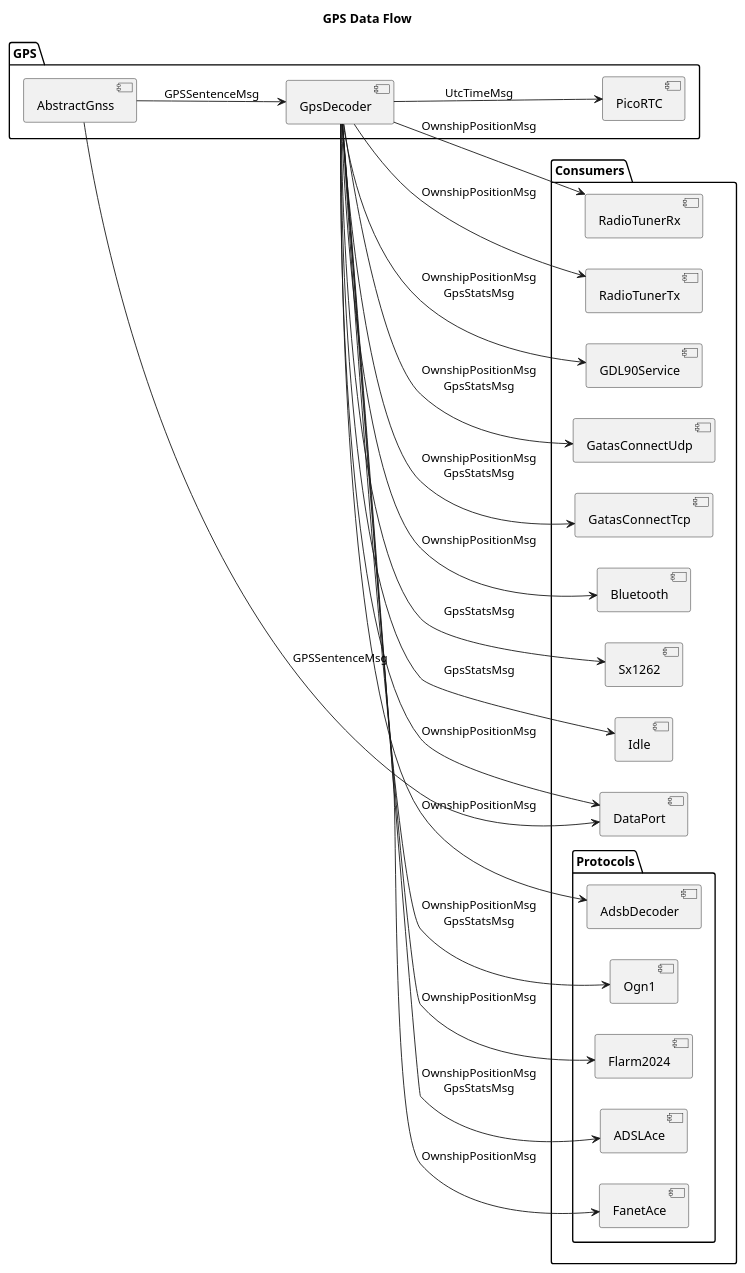
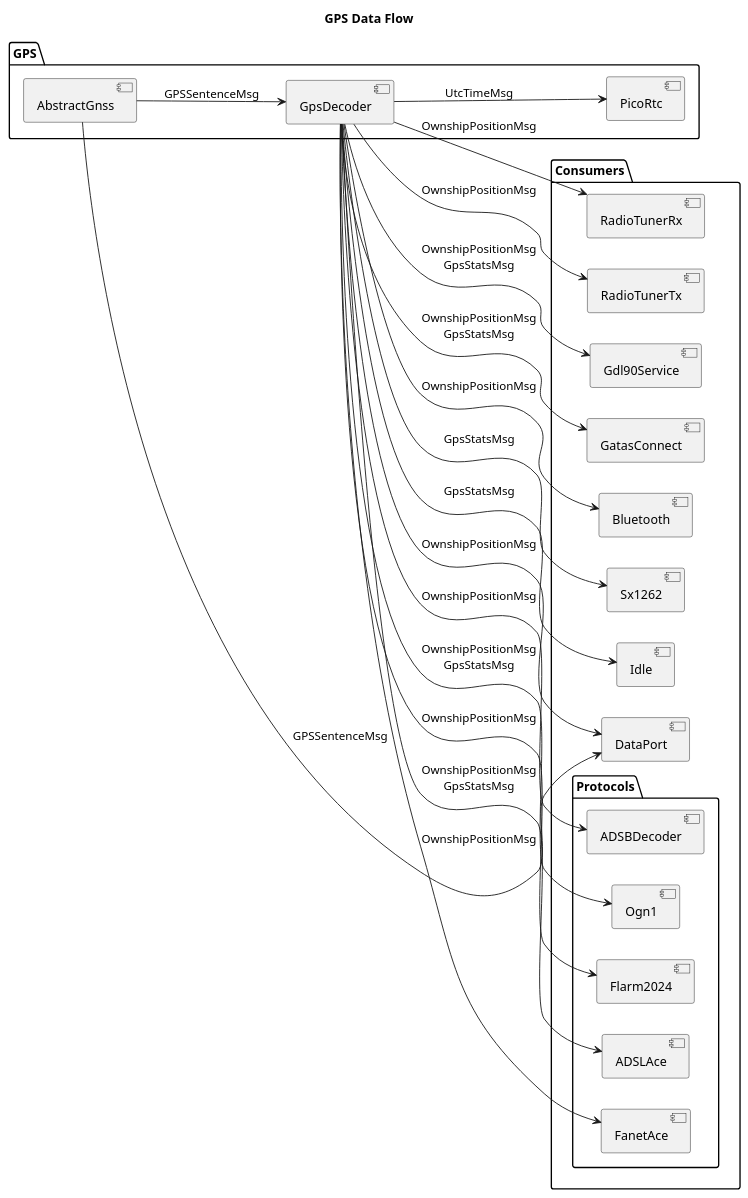
One commit to Duke306/openace changed the second of 7 diagrams in doc/message-bus.md. Above: the diagram before and after it, drawn with PlantUML. The commit also changed other lines of this file and 85 other files, not shown here.

````diff
--- a/doc/message-bus.md
+++ b/doc/message-bus.md
@@ -102,56 +120,54 @@
 ```plantuml
 ' =====================================================================
 ' GPS DATA FLOW
 ' =====================================================================
 @startuml
 title GPS Data Flow
 
 left to right direction
 
 package "GPS" {
     [AbstractGnss]
     [GpsDecoder]
-    [PicoRTC]
+    [PicoRtc]
 }
 
 package "Consumers" {
     package "Protocols" {
         [Ogn1]
         [Flarm2024]
         [ADSLAce]
         [FanetAce]
-        [AdsbDecoder]
+        [ADSBDecoder]
     }
     [RadioTunerRx]
     [RadioTunerTx]
-    [GDL90Service]
+    [Gdl90Service]
     [DataPort]
-    [GatasConnectUdp]
-    [GatasConnectTcp]
+    [GatasConnect]
     [Bluetooth]
     [Sx1262]
     [Idle]
 }
 
 [AbstractGnss] --> [GpsDecoder] : GPSSentenceMsg
 [GpsDecoder] --> [Ogn1] : OwnshipPositionMsg\nGpsStatsMsg
 [GpsDecoder] --> [Flarm2024] : OwnshipPositionMsg
 [GpsDecoder] --> [ADSLAce] : OwnshipPositionMsg\nGpsStatsMsg
 [GpsDecoder] --> [FanetAce] : OwnshipPositionMsg
-[GpsDecoder] --> [AdsbDecoder] : OwnshipPositionMsg
+[GpsDecoder] --> [ADSBDecoder] : OwnshipPositionMsg
 [GpsDecoder] --> [RadioTunerRx] : OwnshipPositionMsg
 [GpsDecoder] --> [RadioTunerTx] : OwnshipPositionMsg
-[GpsDecoder] --> [GDL90Service] : OwnshipPositionMsg\nGpsStatsMsg
+[GpsDecoder] --> [Gdl90Service] : OwnshipPositionMsg\nGpsStatsMsg
 [GpsDecoder] --> [DataPort] : OwnshipPositionMsg
-[GpsDecoder] --> [GatasConnectUdp] : OwnshipPositionMsg\nGpsStatsMsg
-[GpsDecoder] --> [GatasConnectTcp] : OwnshipPositionMsg\nGpsStatsMsg
+[GpsDecoder] --> [GatasConnect] : OwnshipPositionMsg\nGpsStatsMsg
 [GpsDecoder] --> [Bluetooth] : OwnshipPositionMsg
 [GpsDecoder] --> [Sx1262] : GpsStatsMsg
 [GpsDecoder] --> [Idle] : GpsStatsMsg
 
-[GpsDecoder] --> [PicoRTC] : UtcTimeMsg
+[GpsDecoder] --> [PicoRtc] : UtcTimeMsg
 
 [AbstractGnss] --> [DataPort] : GPSSentenceMsg
 
 @enduml
 ```
````
